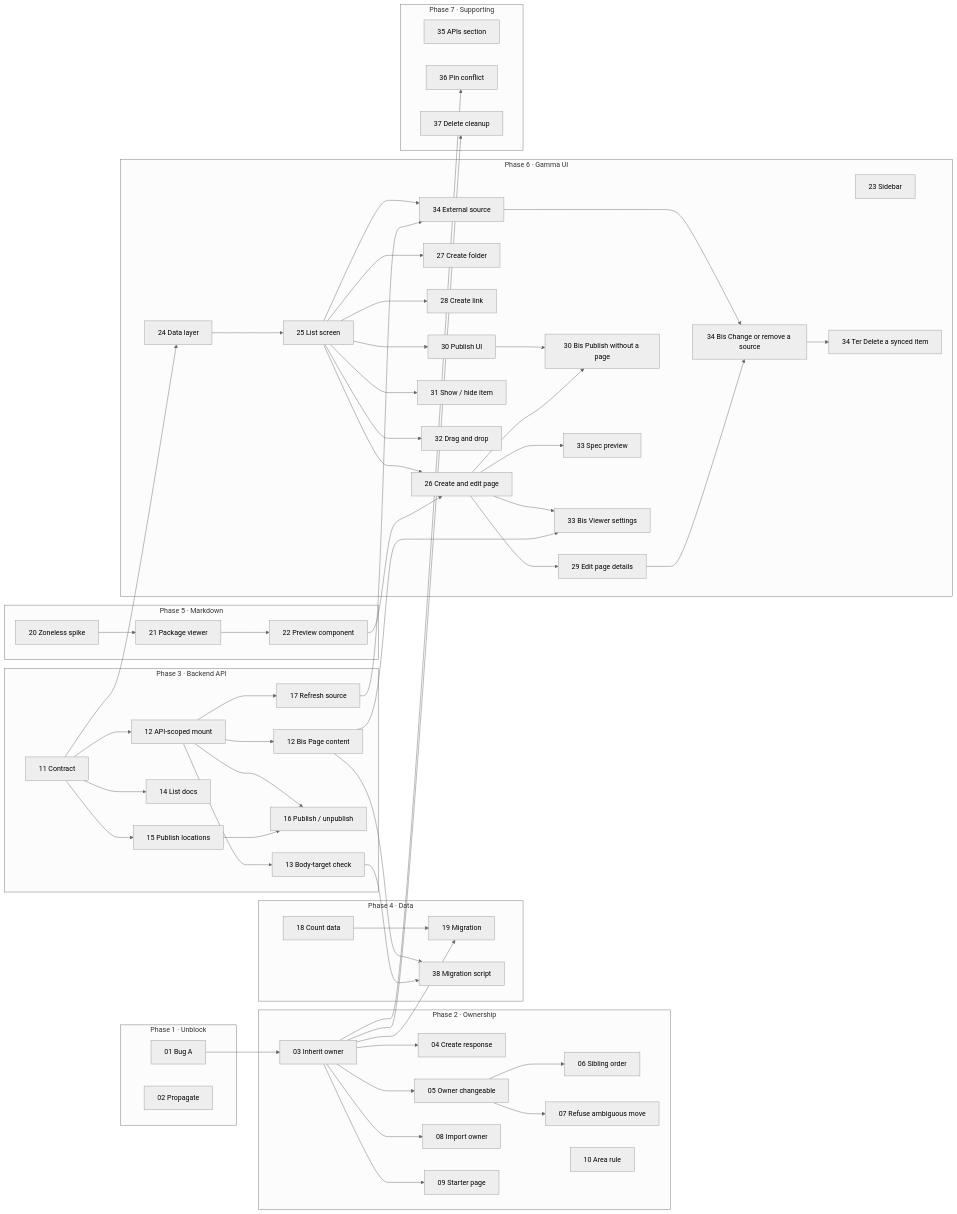
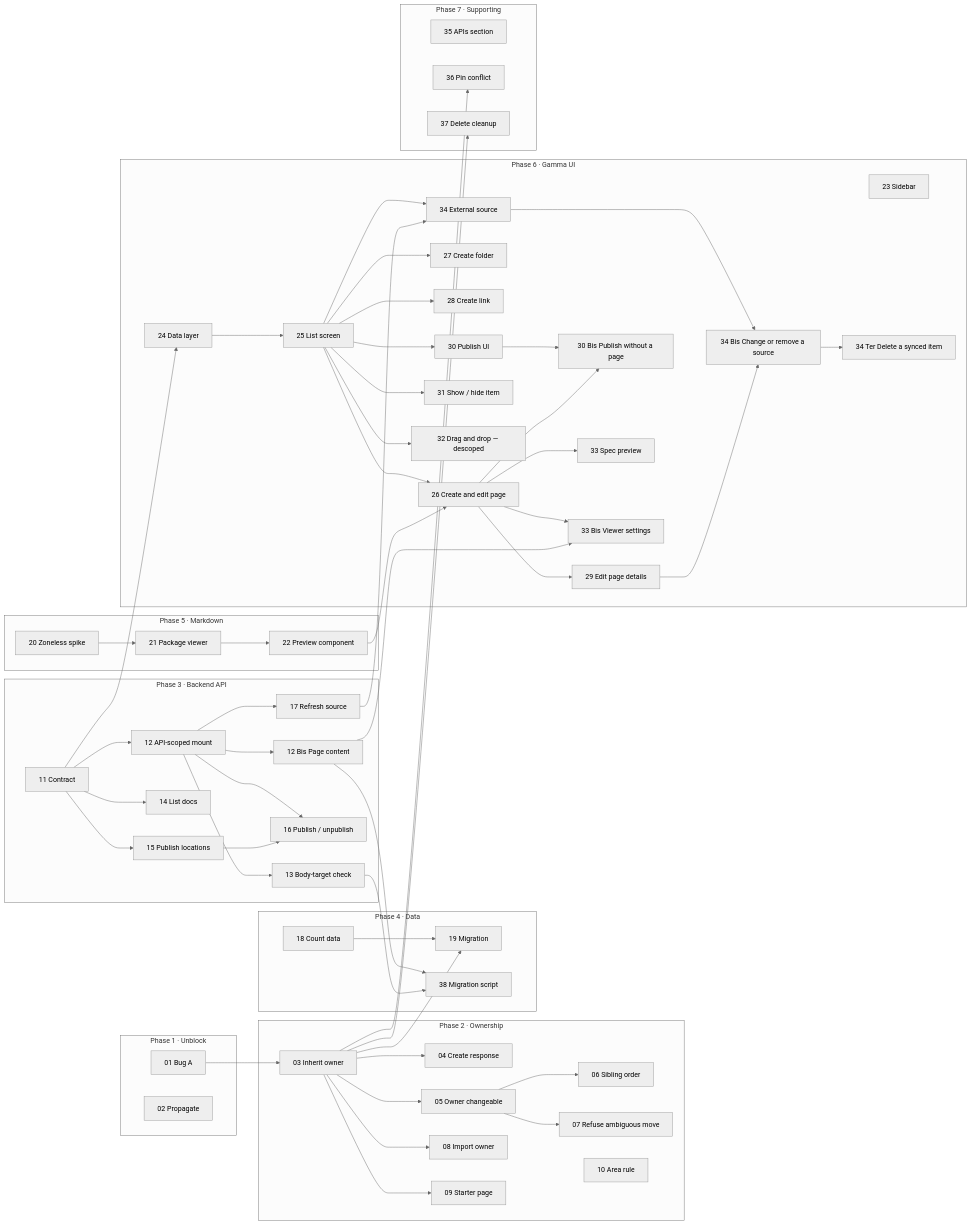
One commit to gravitee-io/gravitee-api-management changed the third of 3 diagrams in plans/PLAN.md. Above: the diagram before and after it, drawn with Mermaid (neutral theme). The commit also changed other lines of this file, not shown here.

Commit message:
docs: record STORY-32 as descoped in the API docs plan

```diff
--- a/plans/PLAN.md
+++ b/plans/PLAN.md
@@ -1583,7 +1584,7 @@
         S30["30 Publish UI"]
         S30B["30 Bis Publish without a page"]
         S31["31 Show / hide item"]
-        S32["32 Drag and drop"]
+        S32["32 Drag and drop — descoped"]
         S33["33 Spec preview"]
         S33B["33 Bis Viewer settings"]
         S34["34 External source"]
```
